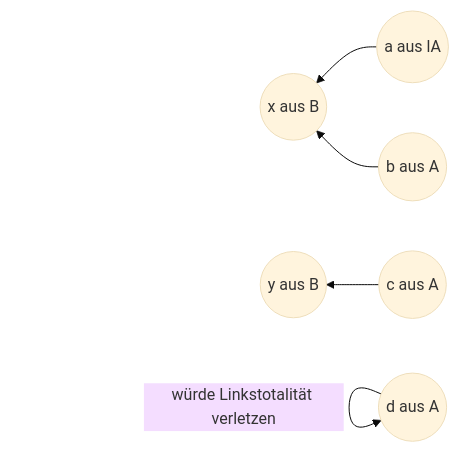
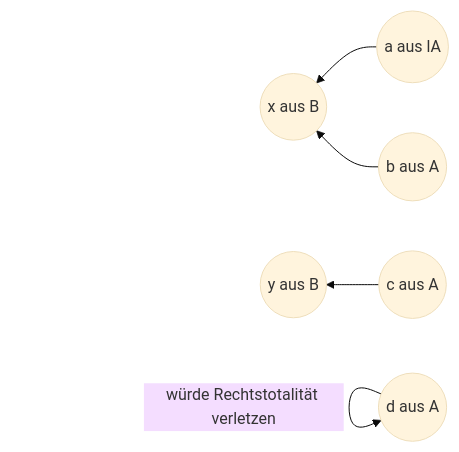
Diagram 19 of 19 in README.md (LeonStoldt/discreteMathematics), drawn with Mermaid (base theme) before and after one commit. The commit also changed other lines of this file, not shown here.

````diff
--- a/README.md
+++ b/README.md
@@ -455,7 +455,7 @@
 ``` mermaid
 graph RL
 a((a aus lA)) --> x((x aus B))
 b((b aus A)) --> x
 c((c aus A)) --> y((y aus B))
-d((d aus A)) --würde Linkstotalität verletzen--> d
+d((d aus A)) --würde Rechtstotalität verletzen--> d
 ```
````
